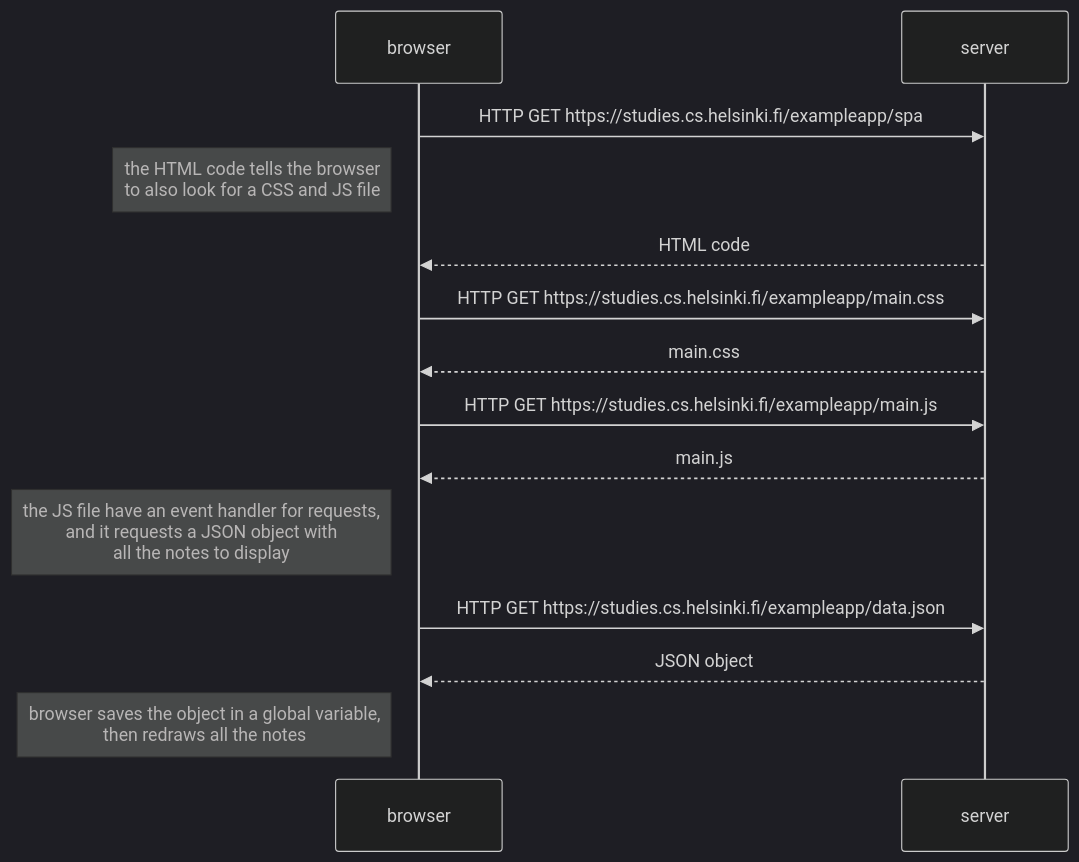
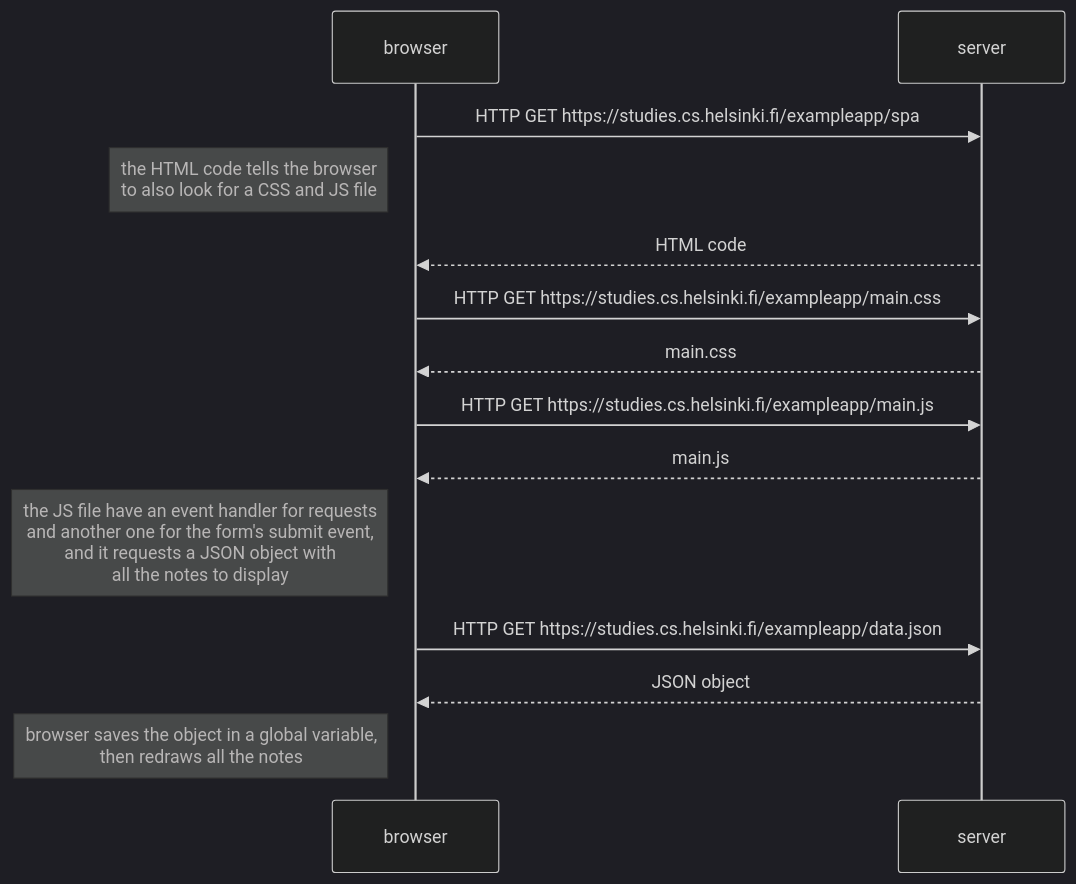
The diagram in Exercise 0.5.md (alejandrojmnzz/fullstackopen-part0), drawn with Mermaid (dark theme) before and after one commit.

Commit message:
Update Exercise 0.5.md

````diff
--- a/Exercise 0.5.md
+++ b/Exercise 0.5.md
@@ -2,16 +2,16 @@
 ```mermaid
 sequenceDiagram
     participant browser
     participant server
     browser->>server: HTTP GET https://studies.cs.helsinki.fi/exampleapp/spa
     Note left of browser: the HTML code tells the browser <br/> to also look for a CSS and JS file
     server-->>browser: HTML code
     browser->>server: HTTP GET https://studies.cs.helsinki.fi/exampleapp/main.css
     server-->>browser: main.css
     browser->>server: HTTP GET https://studies.cs.helsinki.fi/exampleapp/main.js
     server-->>browser: main.js
-    Note left of browser: the JS file have an event handler for requests, <br/> and it requests a JSON object with <br/> all the notes to display
+    Note left of browser: the JS file have an event handler for requests <br/> and another one for the form's submit event, <br/>and it requests a JSON object with <br/> all the notes to display
     browser->>server: HTTP GET https://studies.cs.helsinki.fi/exampleapp/data.json
     server-->>browser: JSON object
     Note left of browser: browser saves the object in a global variable, <br/> then redraws all the notes 
 ```
````
